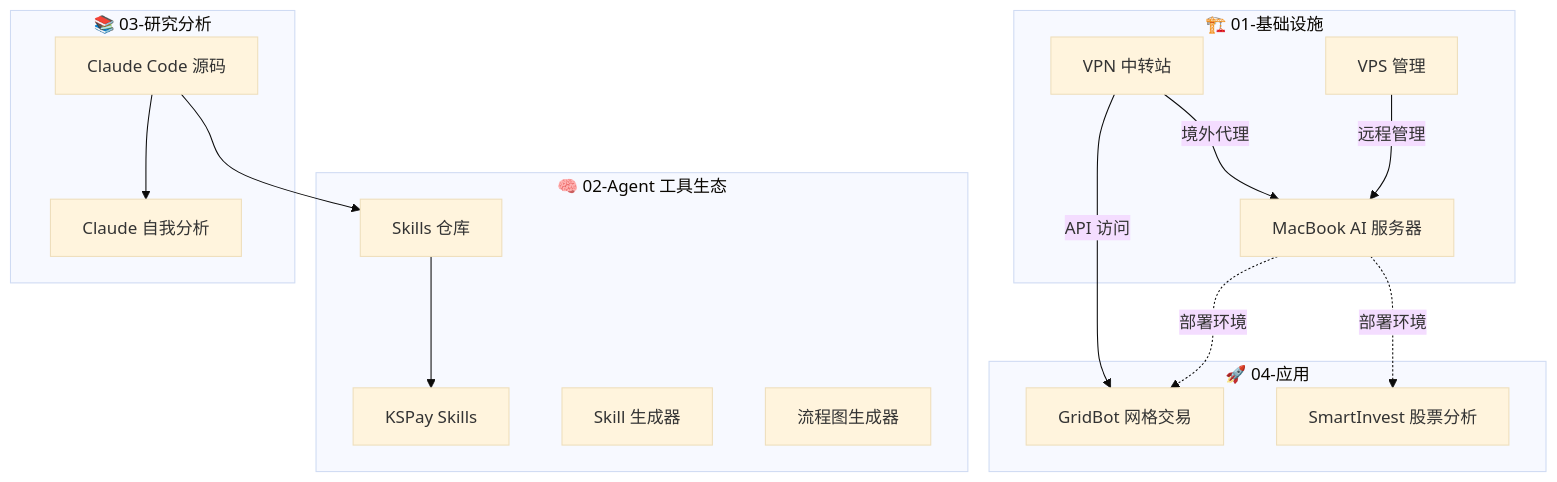
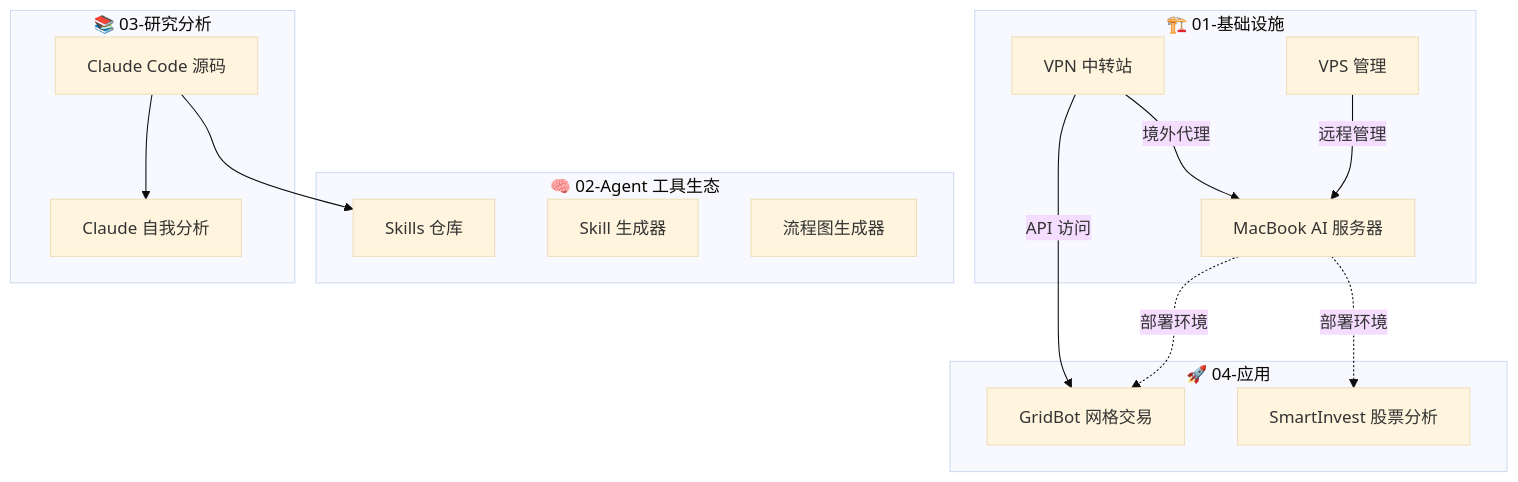
The diagram in README.md (momo0205/ai-instructure), drawn with Mermaid (base theme) before and after one commit. The commit also changed other lines of this file and 30 other files, not shown here.

````diff
--- a/README.md
+++ b/README.md
@@ -9,36 +9,34 @@
 ```mermaid
 graph TD
     subgraph L0["🏗️ 01-基础设施"]
         vpn["VPN 中转站"]
         vps["VPS 管理"]
         macbook["MacBook AI 服务器"]
     end
 
     subgraph L1["🧠 02-Agent 工具生态"]
         skills["Skills 仓库"]
-        kspay["KSPay Skills"]
         skgen["Skill 生成器"]
         drawio["流程图生成器"]
     end
 
     subgraph L2["📚 03-研究分析"]
         cc_src["Claude Code 源码"]
         cc_ana["Claude 自我分析"]
     end
 
     subgraph L3["🚀 04-应用"]
         gridbot["GridBot 网格交易"]
         stock["SmartInvest 股票分析"]
     end
 
     vpn -->|境外代理| macbook
     vps -->|远程管理| macbook
     vpn -->|API 访问| gridbot
 
-    skills --> kspay
-    cc_src --> cc_ana
+cc_src --> cc_ana
     cc_src --> skills
 
     macbook -.->|部署环境| gridbot
     macbook -.->|部署环境| stock
 ```
````
